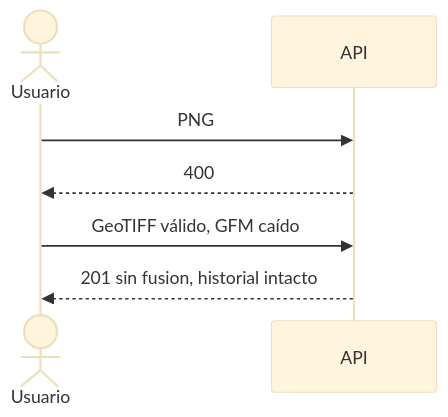
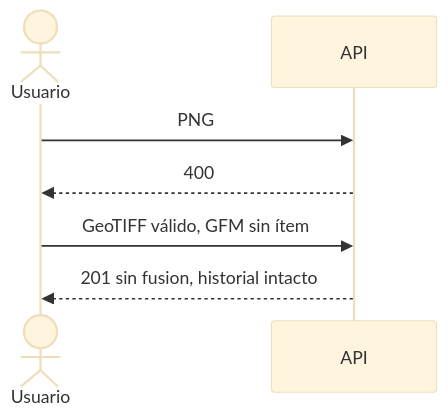
The fourth of 4 diagrams in docs/SegundoInforme.md (Charlsz/Tune), drawn with Mermaid (base theme) before and after one commit. The commit also changed other lines of this file, not shown here.

````diff
--- a/docs/SegundoInforme.md
+++ b/docs/SegundoInforme.md
@@ -316,9 +330,9 @@
 ```mermaid
 sequenceDiagram
   actor Usuario
   participant API
   Usuario->>API: PNG
   API-->>Usuario: 400
-  Usuario->>API: GeoTIFF válido, GFM caído
+  Usuario->>API: GeoTIFF válido, GFM sin ítem
   API-->>Usuario: 201 sin fusion, historial intacto
 ```
````
